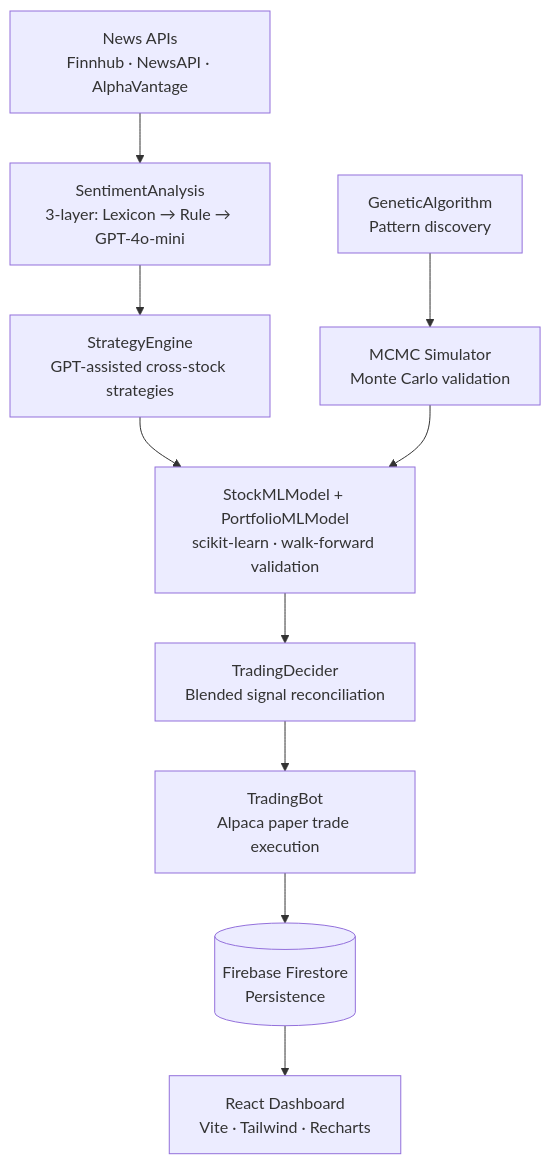
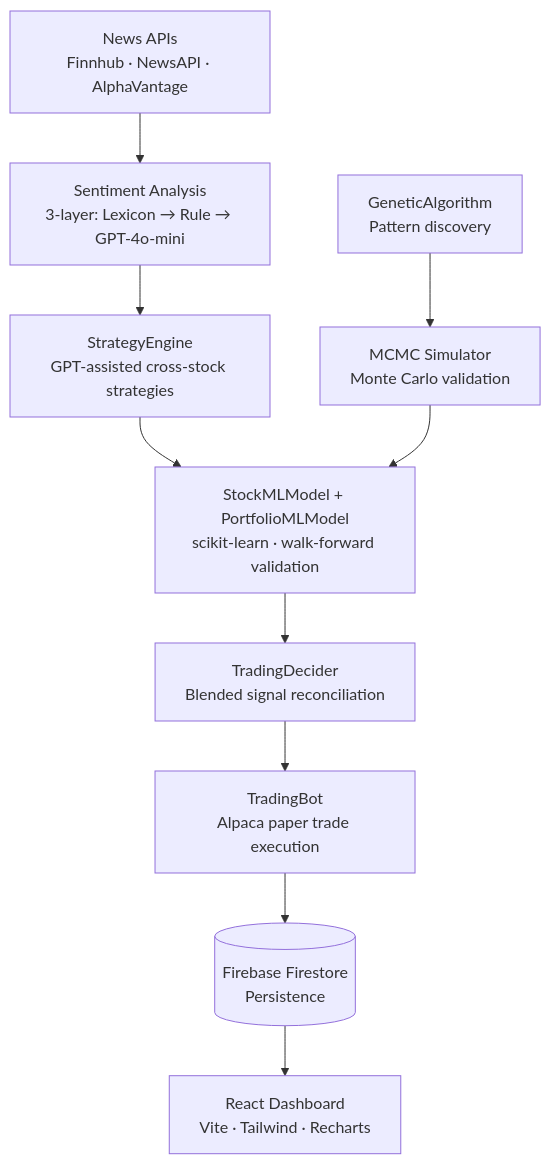
One commit to Haripratiik/Stock-Portfolio-Optimizer changed the diagram in README.md. Above: the diagram before and after it, drawn with Mermaid.

````diff
--- a/README.md
+++ b/README.md
@@ -20,14 +20,14 @@
 ```mermaid
 flowchart TD
-    A[News APIs\nFinnhub · NewsAPI · AlphaVantage] --> B[SentimentAnalysis\n3-layer: Lexicon → Rule → GPT-4o-mini]
+    A[News APIs\nFinnhub · NewsAPI · AlphaVantage] --> B[Sentiment Analysis\n3-layer: Lexicon → Rule → GPT-4o-mini]
     B --> C[StrategyEngine\nGPT-assisted cross-stock strategies]
     C --> D[StockMLModel + PortfolioMLModel\nscikit-learn · walk-forward validation]
     D --> E[TradingDecider\nBlended signal reconciliation]
     E --> F[TradingBot\nAlpaca paper trade execution]
 
     G[GeneticAlgorithm\nPattern discovery] --> H[MCMC Simulator\nMonte Carlo validation]
     H --> D
 
     F --> I[(Firebase Firestore\nPersistence)]
     I --> J[React Dashboard\nVite · Tailwind · Recharts]
 ```
````
